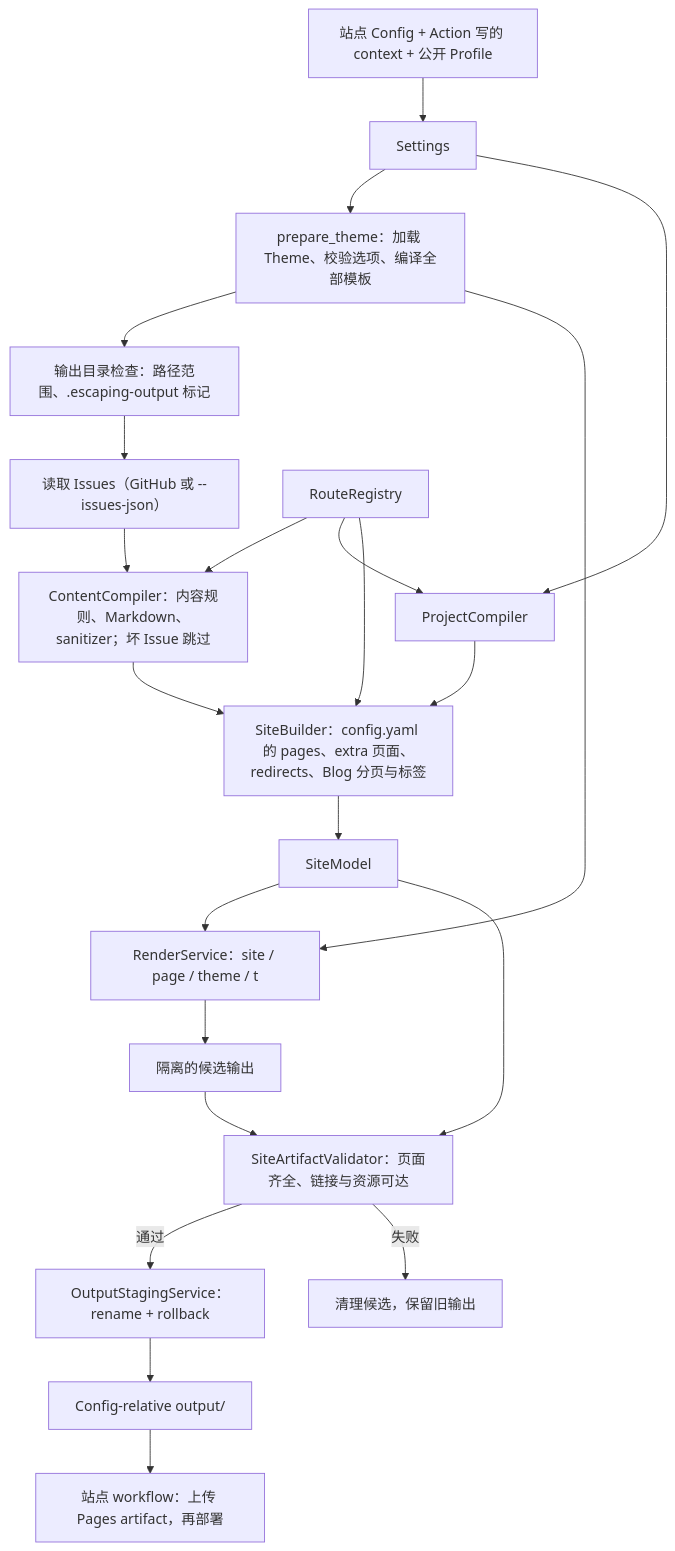
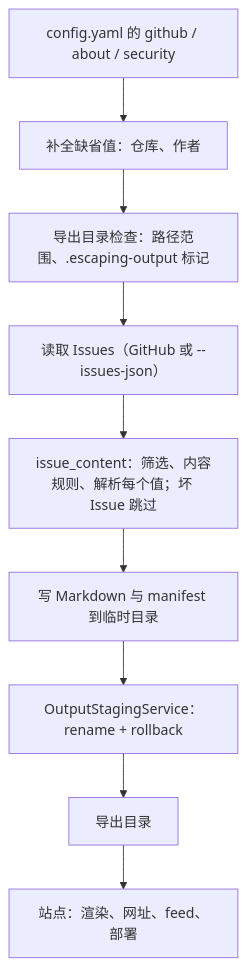
Before and after one commit to geoqiao/escaping: the diagram in docs/dual-repo-architecture.md, drawn with Mermaid. The commit also changed other lines of this file and 154 other files, not shown here.

First line of the commit message:
feat!: export Markdown only; the site renders it

````diff
--- a/docs/dual-repo-architecture.md
+++ b/docs/dual-repo-architecture.md
@@ -26,24 +22,11 @@
 ```mermaid
 flowchart TD
-    Inputs["站点 Config + Action 写的 context + 公开 Profile"] --> Settings
-    Settings --> Prepare["prepare_theme：加载 Theme、校验选项、编译全部模板"]
-    Prepare --> Safety["输出目录检查：路径范围、.escaping-output 标记"]
+    Config["config.yaml 的 github / about / security"] --> Settings["补全缺省值：仓库、作者"]
+    Settings --> Safety["导出目录检查：路径范围、.escaping-output 标记"]
     Safety --> Fetch["读取 Issues（GitHub 或 --issues-json）"]
-    Fetch --> ContentCompiler["ContentCompiler：内容规则、Markdown、sanitizer；坏 Issue 跳过"]
-    Settings --> ProjectCompiler
-    RouteRegistry --> ContentCompiler
-    RouteRegistry --> ProjectCompiler
-    RouteRegistry --> SiteBuilder
-    ContentCompiler --> SiteBuilder["SiteBuilder：config.yaml 的 pages、extra 页面、redirects、Blog 分页与标签"]
-    ProjectCompiler --> SiteBuilder
-    SiteBuilder --> SiteModel
-    SiteModel --> RenderService["RenderService：site / page / theme / t"]
-    Prepare --> RenderService
-    RenderService --> Staging["隔离的候选输出"]
-    Staging --> Validator["SiteArtifactValidator：页面齐全、链接与资源可达"]
-    SiteModel --> Validator
-    Validator -->|通过| Publication["OutputStagingService：rename + rollback"]
-    Validator -->|失败| Stop["清理候选，保留旧输出"]
-    Publication --> Output["Config-relative output/"]
-    Output --> Orchestrator["站点 workflow：上传 Pages artifact，再部署"]
+    Fetch --> Core["issue_content：筛选、内容规则、解析每个值；坏 Issue 跳过"]
+    Core --> Write["写 Markdown 与 manifest 到临时目录"]
+    Write --> Publish["OutputStagingService：rename + rollback"]
+    Publish --> Output["导出目录"]
+    Output --> Site["站点：渲染、网址、feed、部署"]
 ```
````
